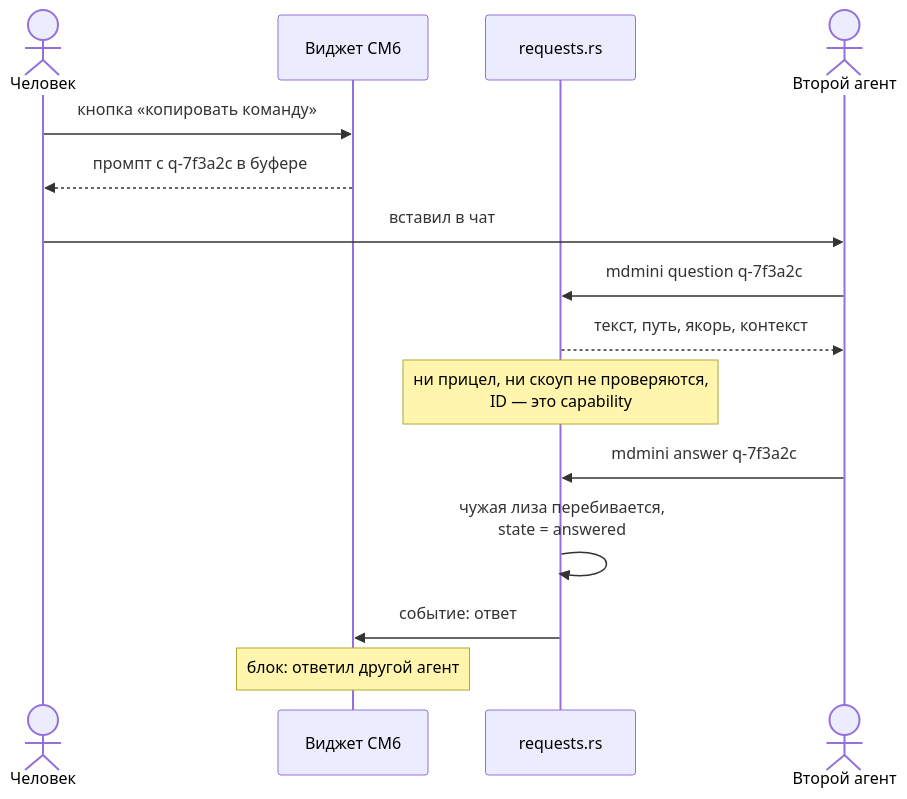
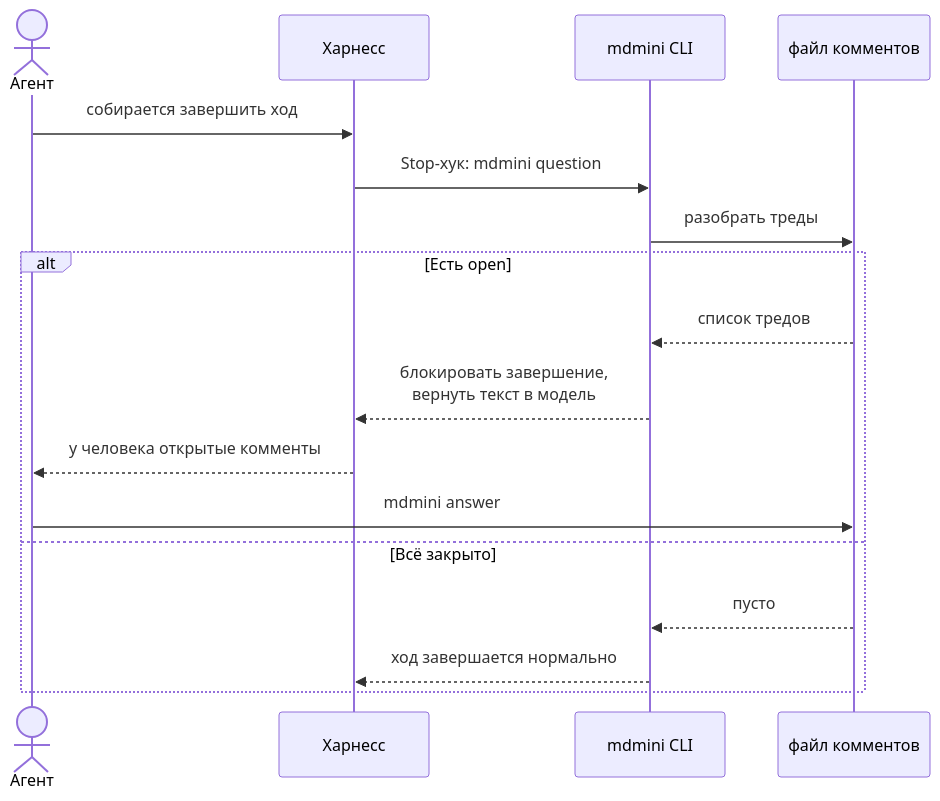
Before and after one commit to malinborn/mdmini: diagram 11 of 14 in docs/superpowers/specs/2026-08-23-document-requests-design.md, drawn with Mermaid. The commit also changed other lines of this file, not shown here.

````diff
--- a/docs/superpowers/specs/2026-08-23-document-requests-design.md
+++ b/docs/superpowers/specs/2026-08-23-document-requests-design.md
@@ -399,18 +335,20 @@
 ```mermaid
 sequenceDiagram
-    actor U as Человек
-    participant W as Виджет CM6
-    participant R as requests.rs
-    actor A2 as Второй агент
+    actor A as Агент
+    participant K as Харнесс
+    participant C as mdmini CLI
+    participant F as файл комментов
 
-    U->>W: кнопка «копировать команду»
-    W-->>U: промпт с q-7f3a2c в буфере
-    U->>A2: вставил в чат
-    A2->>R: mdmini question q-7f3a2c
-    R-->>A2: текст, путь, якорь, контекст
-    Note over R: ни прицел, ни скоуп не проверяются,<br/>ID — это capability
-    A2->>R: mdmini answer q-7f3a2c
-    R->>R: чужая лиза перебивается,<br/>state = answered
-    R->>W: событие: ответ
-    Note over W: блок: ответил другой агент
+    A->>K: собирается завершить ход
+    K->>C: Stop-хук: mdmini question
+    C->>F: разобрать треды
+    alt Есть open
+        F-->>C: список тредов
+        C-->>K: блокировать завершение,<br/>вернуть текст в модель
+        K-->>A: у человека открытые комменты
+        A->>F: mdmini answer
+    else Всё закрыто
+        F-->>C: пусто
+        C-->>K: ход завершается нормально
+    end
 ```
````
